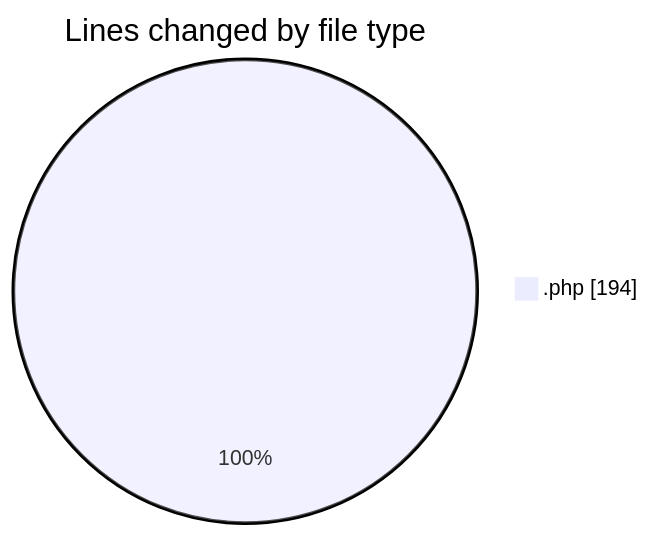
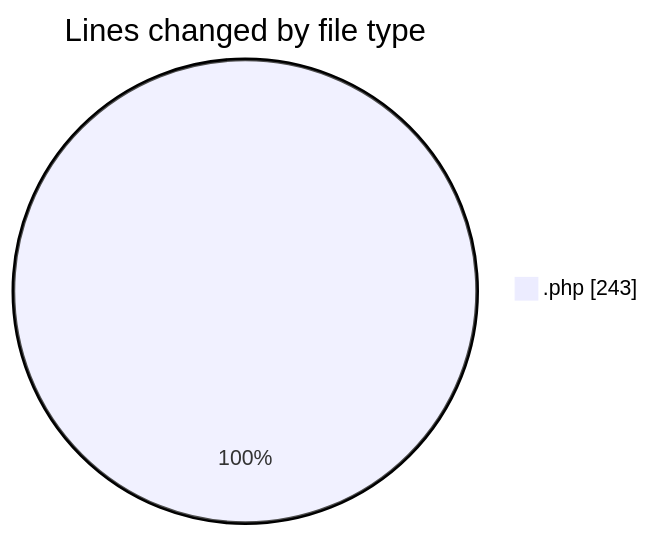
Before and after one commit to LanceThiago/code-tracking: the first of 2 diagrams in 2025-07-02/web/README.md, drawn with Mermaid. The commit also changed other lines of this file and 1 other file, not shown here.

````diff
--- a/2025-07-02/web/README.md
+++ b/2025-07-02/web/README.md
@@ -20,5 +20,5 @@
 ```mermaid
 pie showData
 title Lines changed by file type
-".php" : 194
+".php" : 243
 ```
````
